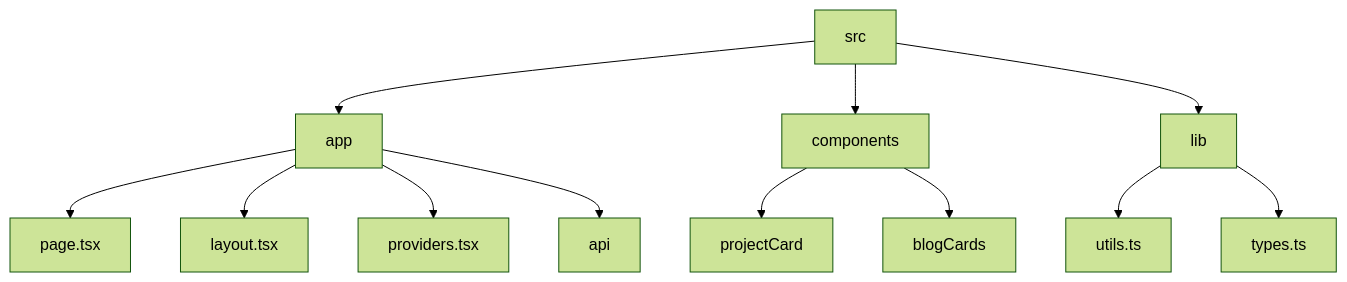
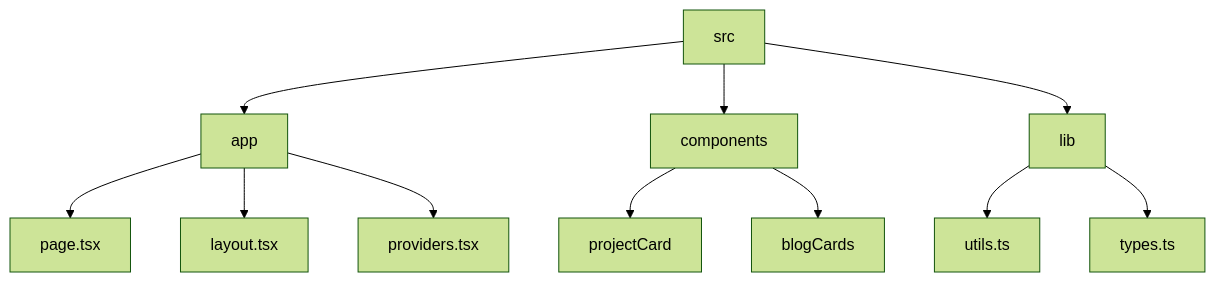
The diagram in README.md (abhraneeldhar7/portfolio), drawn with Mermaid (forest theme) before and after one commit. The commit also changed other lines of this file, not shown here.

````diff
--- a/README.md
+++ b/README.md
@@ -24,14 +26,13 @@
 ```mermaid
 graph TD;
- src-->app;
- src-->components;
- src-->lib;
- app-->page.tsx;
- app-->layout.tsx;
- app-->providers.tsx;
- app-->api;
- components-->projectCard;
- components-->blogCards;
- lib-->utils.ts;
- lib-->types.ts;
+  src-->app;
+  src-->components;
+  src-->lib;
+  app-->page.tsx;
+  app-->layout.tsx;
+  app-->providers.tsx;
+  components-->projectCard;
+  components-->blogCards;
+  lib-->utils.ts;
+  lib-->types.ts;
 ```
````
